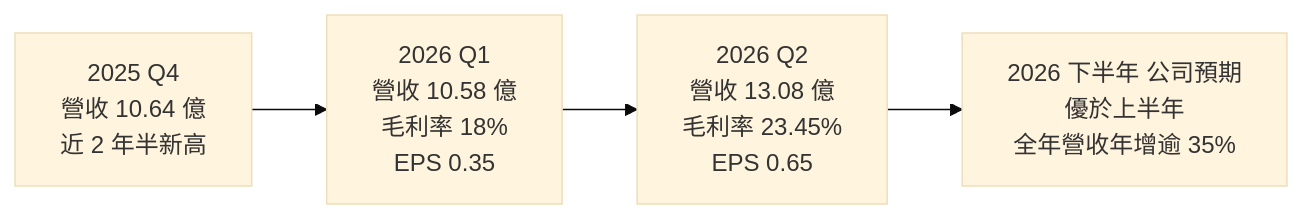
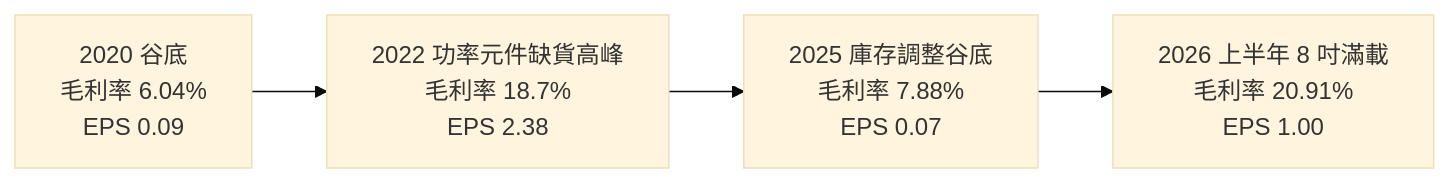
One commit to wangnick1004/taiwan-stock-vault changed the third of 4 diagrams in 個股/台股/3016嘉晶.md. Above: the diagram before and after it, drawn with Mermaid (base theme). The commit also changed other lines of this file and 142 other files, not shown here.

````diff
--- a/個股/台股/3016嘉晶.md
+++ b/個股/台股/3016嘉晶.md
@@ -140,4 +141,4 @@
 ```mermaid
 flowchart LR
-    Q4["2025 Q4<br/>營收 10.64 億<br/>近 2 年半新高"] --> Q1["2026 Q1<br/>營收 10.58 億<br/>毛利率 18%<br/>EPS 0.35"] --> Q2["2026 Q2<br/>營收 13.08 億<br/>毛利率 23.45%<br/>EPS 0.65"] --> Q3["2026 下半年 公司預期<br/>優於上半年<br/>全年營收年增逾 35%"]
+    Y20["2020 谷底<br/>毛利率 6.04%<br/>EPS 0.09"] --> Y22["2022 功率元件缺貨高峰<br/>毛利率 18.7%<br/>EPS 2.38"] --> Y25["2025 庫存調整谷底<br/>毛利率 7.88%<br/>EPS 0.07"] --> H26["2026 上半年 8 吋滿載<br/>毛利率 20.91%<br/>EPS 1.00"]
 ```
````
